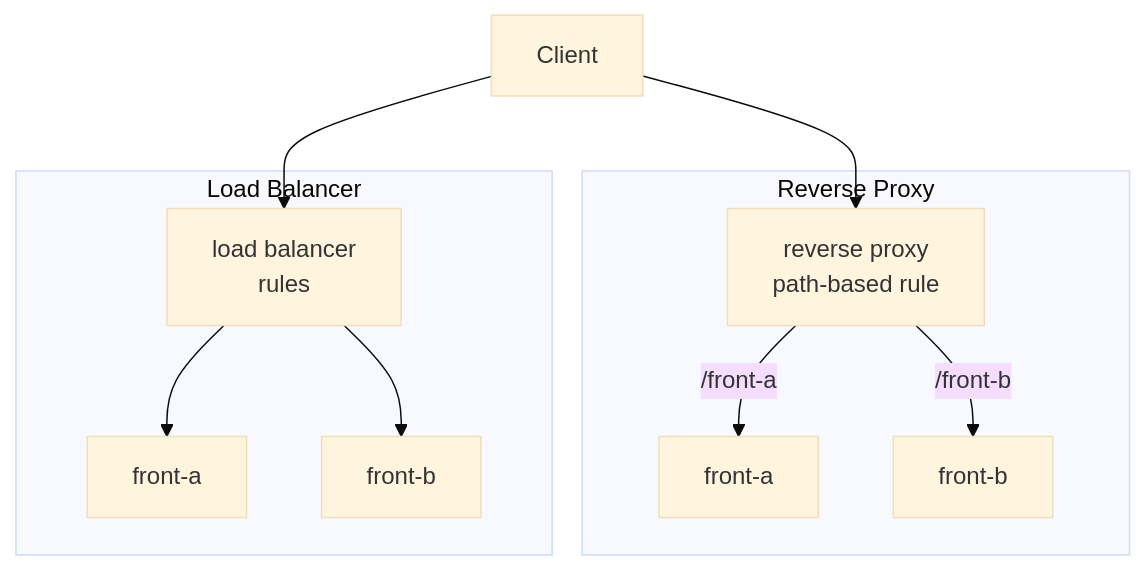
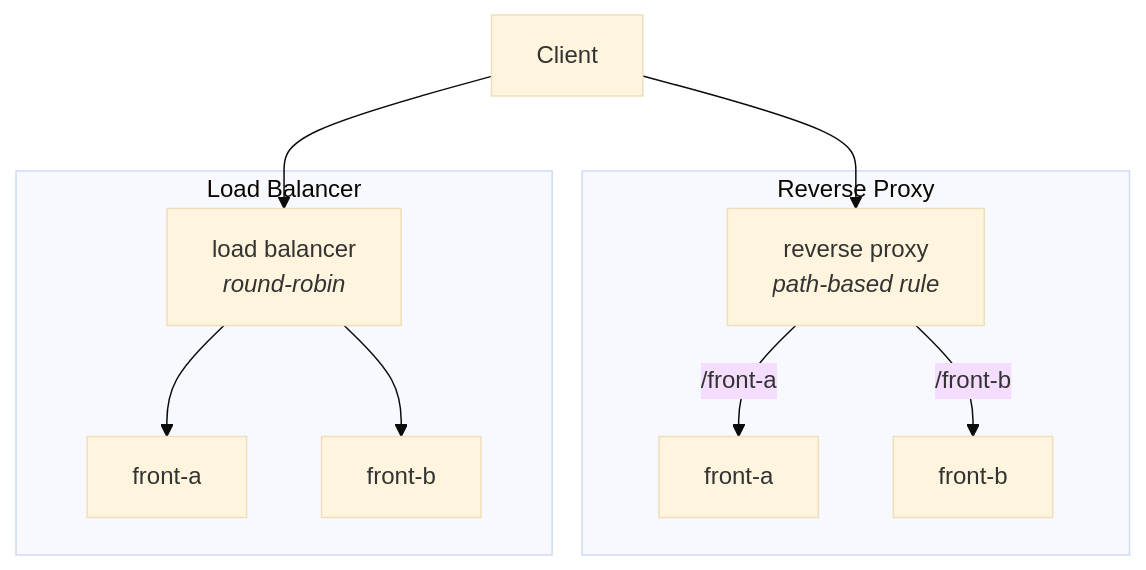
One commit to apolzek/shared changed the diagram in content/001/README.md. Above: the diagram before and after it, drawn with Mermaid (base theme). The commit also changed other lines of this file, not shown here.

````diff
--- a/content/001/README.md
+++ b/content/001/README.md
@@ -21,17 +27,17 @@
 ```mermaid
 graph 
-    Client[Client] --> RP[reverse proxy<br/>path-based rule]
-    Client[Client] --> LB[load balancer<br/>rules]
+    Client[Client] --> RP[reverse proxy<br/><i>path-based rule</i>]
+    Client[Client] --> LB[load balancer<br/><i>round-robin</i>]
 
     subgraph "Reverse Proxy"
         RP -->|/front-a| FrontA1[front-a]
         RP -->|/front-b| FrontB1[front-b]
         
     end
 
     subgraph "Load Balancer"
         LB --> FrontA2[front-a]
         LB --> FrontB2[front-b]
         
     end
 ```
````
